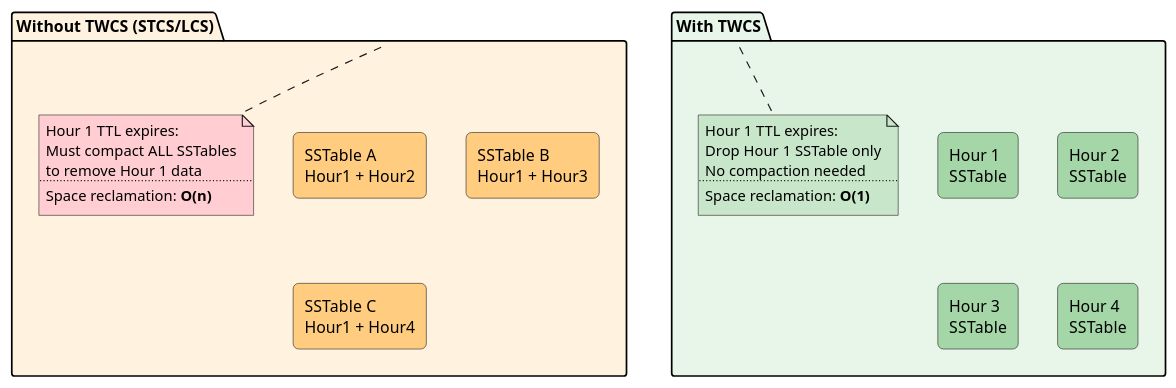
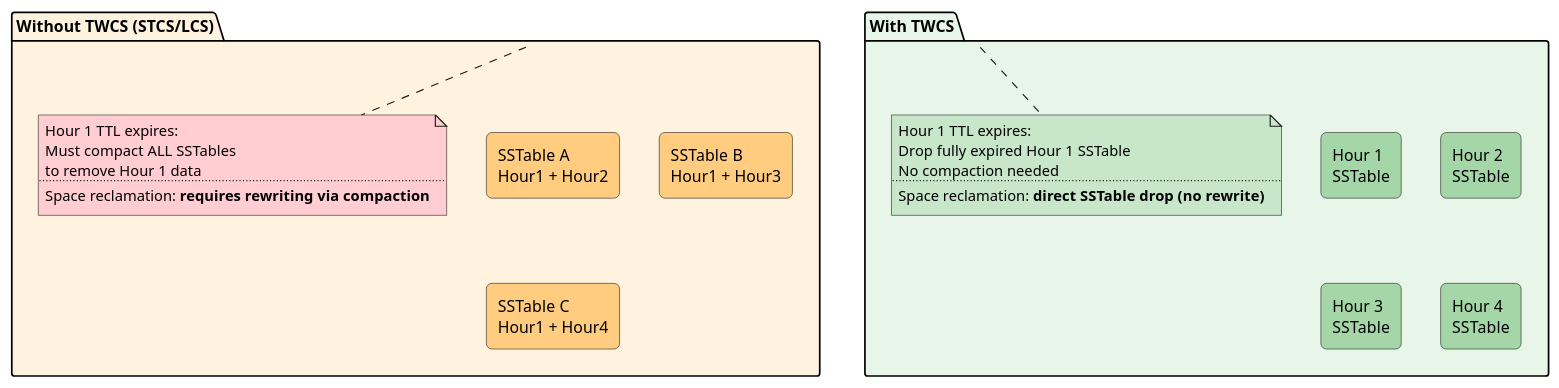
Before and after one commit to axonops/documentation: the second of 8 diagrams in docs/data-platforms/cassandra/architecture/storage-engine/compaction/twcs.md, drawn with PlantUML. The commit also changed other lines of this file and 3 other files, not shown here.

````diff
--- a/docs/data-platforms/cassandra/architecture/storage-engine/compaction/twcs.md
+++ b/docs/data-platforms/cassandra/architecture/storage-engine/compaction/twcs.md
@@ -172,41 +171,41 @@
 ```plantuml
 @startuml
-skinparam backgroundColor transparent
+skinparam backgroundColor white
 skinparam defaultFontName Helvetica
 
 skinparam rectangle {
     roundCorner 10
 }
 
 package "Without TWCS (STCS/LCS)" as pkg1 #FFF3E0 {
     rectangle "SSTable A\nHour1 + Hour2" as ssA #FFCC80
     rectangle "SSTable B\nHour1 + Hour3" as ssB #FFCC80
     rectangle "SSTable C\nHour1 + Hour4" as ssC #FFCC80
 
     note bottom of pkg1 #FFCDD2
         Hour 1 TTL expires:
         Must compact ALL SSTables
         to remove Hour 1 data
         ....
-        Space reclamation: **O(n)**
+        Space reclamation: **requires rewriting via compaction**
     end note
 }
 
 package "With TWCS" as pkg2 #E8F5E9 {
     rectangle "Hour 1\nSSTable" as tw1 #A5D6A7
     rectangle "Hour 2\nSSTable" as tw2 #A5D6A7
     rectangle "Hour 3\nSSTable" as tw3 #A5D6A7
     rectangle "Hour 4\nSSTable" as tw4 #A5D6A7
 
     note bottom of pkg2 #C8E6C9
         Hour 1 TTL expires:
-        Drop Hour 1 SSTable only
+        Drop fully expired Hour 1 SSTable
         No compaction needed
         ....
-        Space reclamation: **O(1)**
+        Space reclamation: **direct SSTable drop (no rewrite)**
     end note
 }
 
 pkg1 -[hidden]right- pkg2
 @enduml
 ```
````
